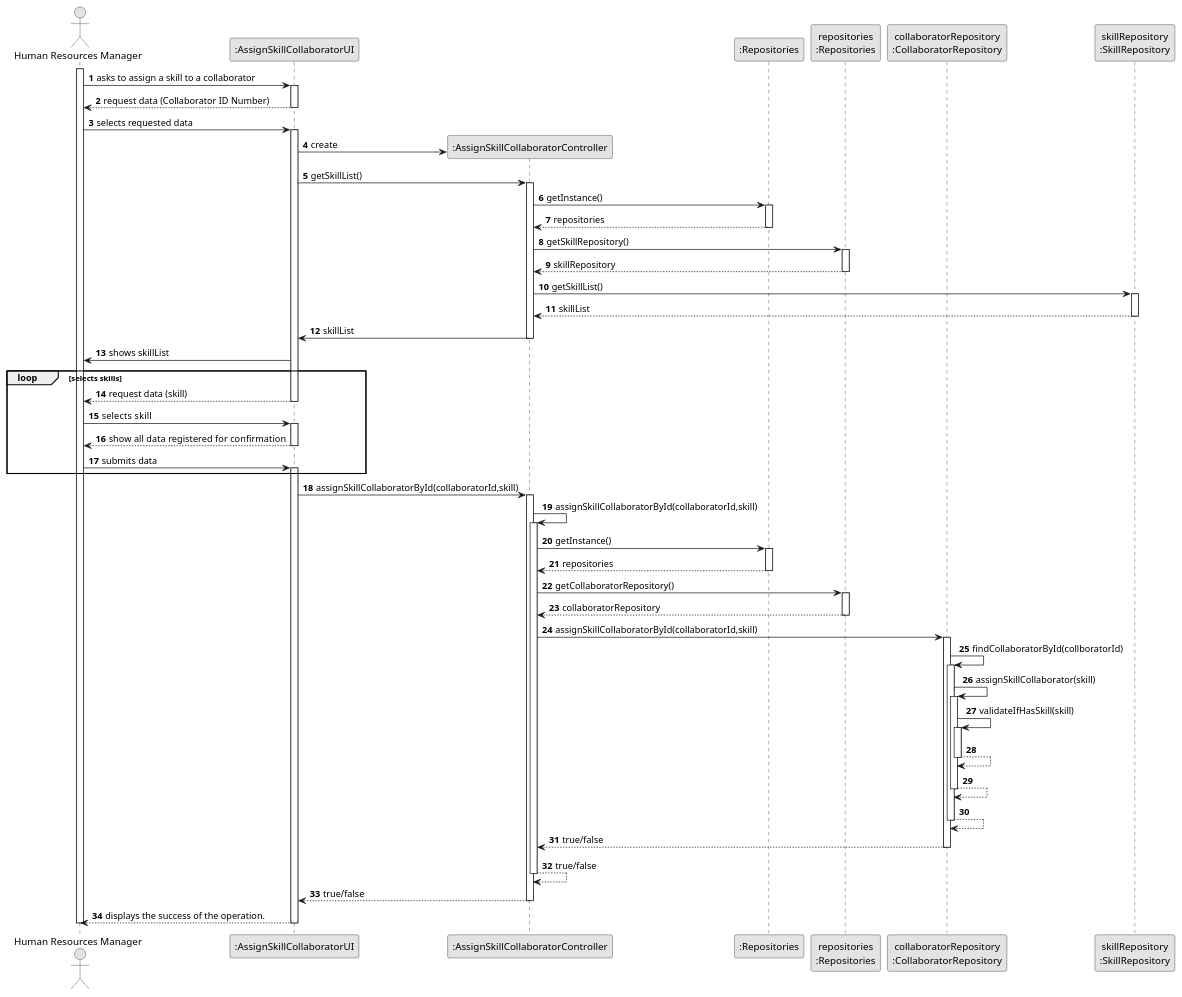
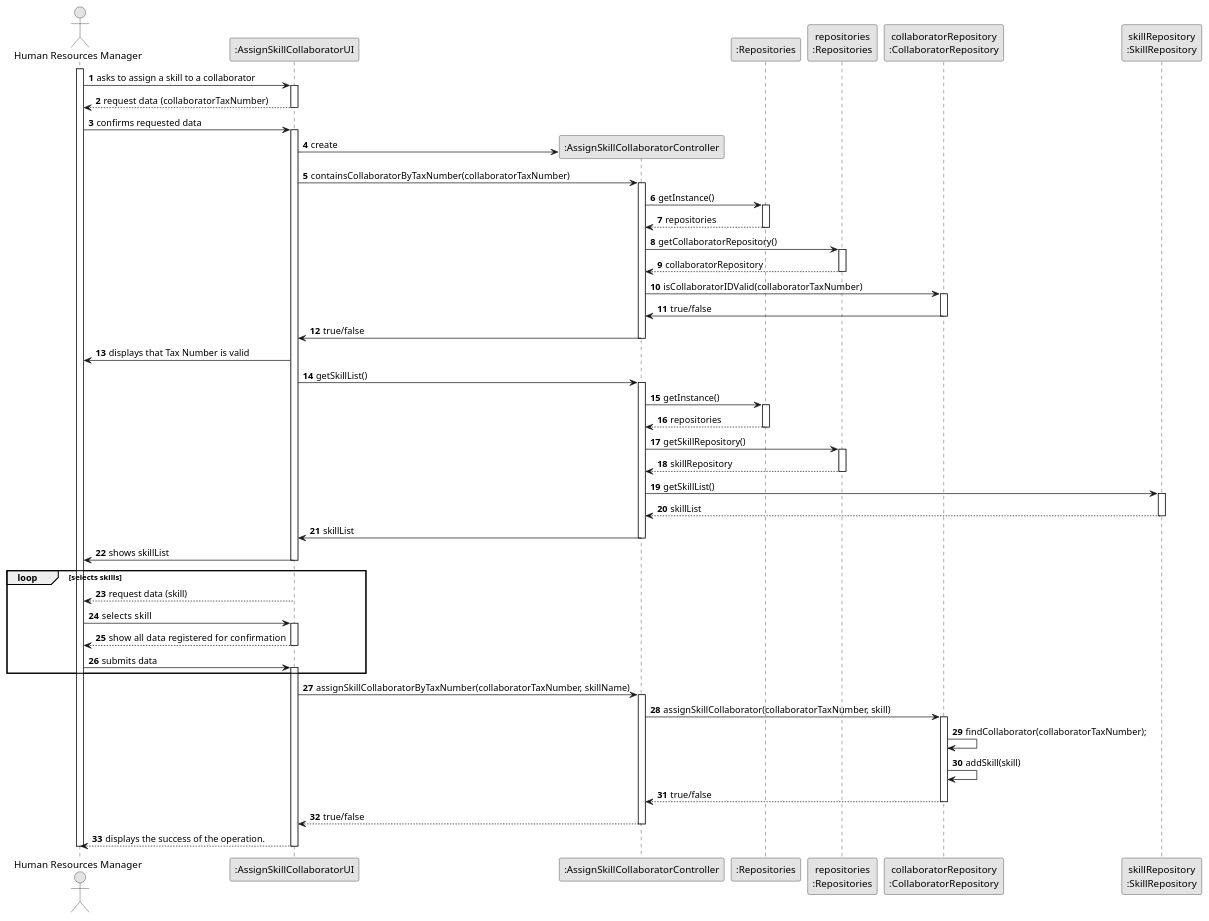
Before and after one commit to SAEmanuel/Green_Spaces_Management_ISEP: the diagram in docs/sprintB/us004/03.design/puml/us004-sequence-diagram-full.puml, drawn with PlantUML. The commit also changed 31 other files, not shown here.

```diff
--- a/docs/sprintB/us004/03.design/puml/us004-sequence-diagram-full.puml
+++ b/docs/sprintB/us004/03.design/puml/us004-sequence-diagram-full.puml
@@ -1,142 +1,155 @@
 @startuml
 skinparam monochrome true
 skinparam packageStyle rectangle
 skinparam shadowing false
 
 autonumber
 
 'hide footbox
 actor "Human Resources Manager" as HRM
 participant ":AssignSkillCollaboratorUI" as UI
 participant ":AssignSkillCollaboratorController" as CTRL
 participant ":Repositories" as RepositorySingleton
 participant "repositories\n:Repositories" as PLAT
 participant "collaboratorRepository\n:CollaboratorRepository" as collaboratorRepository
 participant "skillRepository\n:SkillRepository" as skillRepository
 
 activate HRM
 
         HRM -> UI : asks to assign a skill to a collaborator
 
 
         activate UI
 
-        UI --> HRM : request data (Collaborator ID Number)
+        UI --> HRM : request data (collaboratorTaxNumber)
         deactivate UI
 
 
-        HRM -> UI : selects requested data
+        HRM -> UI : confirms requested data
         activate UI
 
         UI -> CTRL** : create
+         UI -> CTRL : containsCollaboratorByTaxNumber(collaboratorTaxNumber)
+             activate CTRL
+        CTRL -> RepositorySingleton : getInstance()
 
-        UI -> CTRL : getSkillList()
-        activate CTRL
+
+
+
+                                activate RepositorySingleton
+
+                                RepositorySingleton --> CTRL : repositories
+                                deactivate RepositorySingleton
+
+                                CTRL -> PLAT : getCollaboratorRepository()
+                                activate PLAT
+
+                                PLAT --> CTRL : collaboratorRepository
+                                deactivate PLAT
+
+                                CTRL -> collaboratorRepository : isCollaboratorIDValid(collaboratorTaxNumber)
+                                activate collaboratorRepository
+
+                                collaboratorRepository -> CTRL : true/false
+                                deactivate collaboratorRepository
+
+                                CTRL -> UI : true/false
+                                deactivate CTRL
+
+                                UI -> HRM : displays that Tax Number is valid
+
+                                UI -> CTRL : getSkillList()
+            activate CTRL
 
             CTRL -> RepositorySingleton : getInstance()
             activate RepositorySingleton
 
             RepositorySingleton --> CTRL : repositories
             deactivate RepositorySingleton
 
             CTRL -> PLAT : getSkillRepository()
             activate PLAT
 
             PLAT --> CTRL : skillRepository
             deactivate PLAT
 
             CTRL -> skillRepository : getSkillList()
             activate skillRepository
 
             skillRepository --> CTRL : skillList
             deactivate skillRepository
 
+
             CTRL -> UI :  skillList
+
         deactivate CTRL
             UI -> HRM : shows skillList
+            deactivate UI
 
 
 
 
 
 
     loop selects skills
 
         UI --> HRM : request data (skill)
         deactivate UI
 
 
         HRM -> UI : selects  skill
         activate UI
 
 
         UI --> HRM : show all data registered  for confirmation
         deactivate UI
 
         HRM -> UI : submits data
             activate UI
     end
 
 
 
 
 
 
 
-            UI -> CTRL : assignSkillCollaboratorById(collaboratorId,skill)
+            UI -> CTRL :assignSkillCollaboratorByTaxNumber(collaboratorTaxNumber, skillName)
             activate CTRL
 
 
-            CTRL -> CTRL : assignSkillCollaboratorById(collaboratorId,skill)
-                    activate CTRL
+                        CTRL -> collaboratorRepository :assignSkillCollaborator(collaboratorTaxNumber, skill)
+                        activate collaboratorRepository
 
-                        CTRL -> RepositorySingleton : getInstance()
-                        activate RepositorySingleton
-
-                        RepositorySingleton --> CTRL : repositories
-                        deactivate RepositorySingleton
-
-                        CTRL -> PLAT : getCollaboratorRepository()
-                        activate PLAT
-
-                        PLAT --> CTRL : collaboratorRepository
-                        deactivate PLAT
+                        collaboratorRepository -> collaboratorRepository : findCollaborator(collaboratorTaxNumber);
 
 
-                        CTRL -> collaboratorRepository : assignSkillCollaboratorById(collaboratorId,skill)
-                        activate collaboratorRepository
+                        collaboratorRepository -> collaboratorRepository: addSkill(skill)
 
-                        collaboratorRepository -> collaboratorRepository : findCollaboratorById(collboratorId)
-                        activate collaboratorRepository
 
-                        collaboratorRepository -> collaboratorRepository: assignSkillCollaborator(skill)
-                        activate collaboratorRepository
-                        collaboratorRepository -> collaboratorRepository: validateIfHasSkill(skill)
-                                activate collaboratorRepository
 
-                                collaboratorRepository --> collaboratorRepository
-                                deactivate collaboratorRepository
-                        collaboratorRepository --> collaboratorRepository :
-                        deactivate collaboratorRepository
-                        collaboratorRepository --> collaboratorRepository :
 
-                        deactivate collaboratorRepository
+
+
+
+
 
 
                         collaboratorRepository --> CTRL : true/false
                         deactivate collaboratorRepository
 
-                        CTRL --> CTRL : true/false
-                        deactivate CTRL
+
+
 
 
 
 
                 CTRL --> UI: true/false
+
                 deactivate CTRL
                 UI --> HRM: displays the success of the operation.
 
         deactivate UI
     deactivate HRM
 
 @enduml
```
